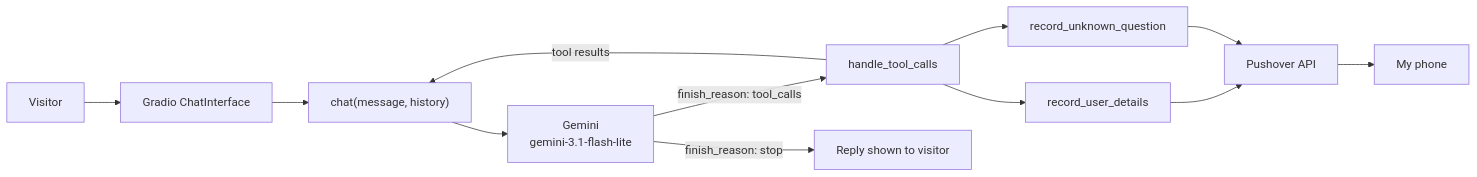
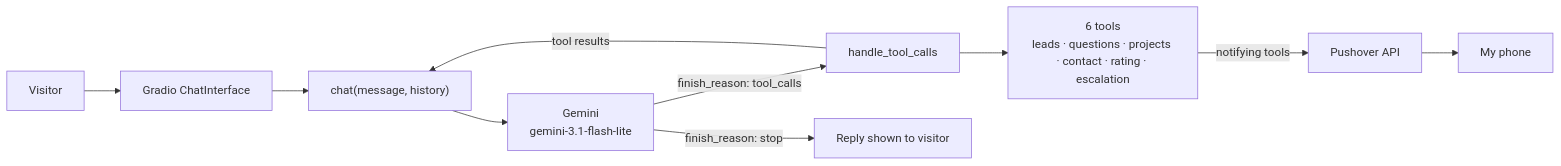
Before and after one commit to ahmedibrahimhassan654/ai-digital-twin: the diagram in README.md, drawn with Mermaid. The commit also changed other lines of this file and 4 other files, not shown here.

````diff
--- a/README.md
+++ b/README.md
@@ -30,14 +34,12 @@
 ```mermaid
 flowchart LR
     A[Visitor] --> B[Gradio ChatInterface]
     B --> C["chat(message, history)"]
     C --> D["Gemini<br/>gemini-3.1-flash-lite"]
     D -->|"finish_reason: tool_calls"| E[handle_tool_calls]
-    E --> F[record_user_details]
-    E --> G[record_unknown_question]
-    F --> H[Pushover API]
-    G --> H
+    E --> F["6 tools<br/>leads · questions · projects · contact · rating · escalation"]
+    F -->|"notifying tools"| H[Pushover API]
     H --> I[My phone]
     E -->|"tool results"| C
     D -->|"finish_reason: stop"| J[Reply shown to visitor]
 ```
````
